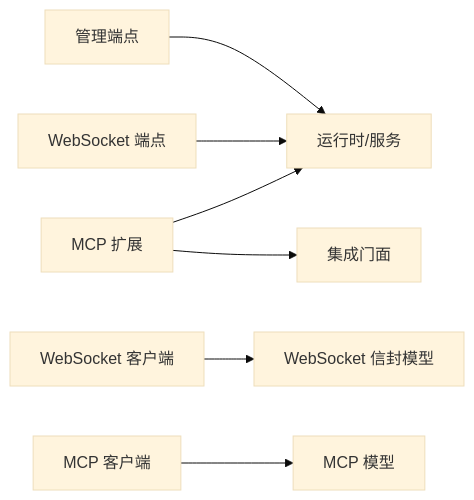
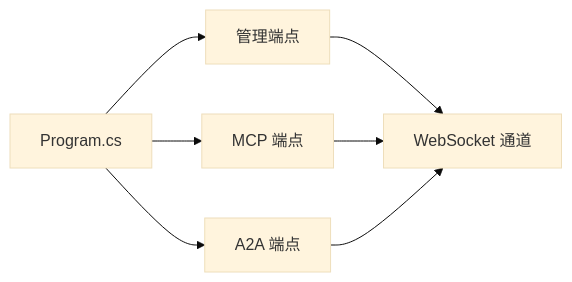
The sixth of 6 diagrams in .qoder/repowiki/zh/content/API 参考/API 参考.md (wayyet/kingcrab), drawn with Mermaid (base theme) before and after one commit. The commit also changed other lines of this file and 173 other files, not shown here.

````diff
--- a/.qoder/repowiki/zh/content/API 参考/API 参考.md
+++ b/.qoder/repowiki/zh/content/API 参考/API 参考.md
@@ -294,9 +245,9 @@
 ```mermaid
 graph LR
-Admin["管理端点"] --> Runtime["运行时/服务"]
-WS["WebSocket 端点"] --> Runtime
-MCPExt["MCP 扩展"] --> Runtime
-MCPExt --> Facade["集成门面"]
-WSClient["WebSocket 客户端"] --> WSEnv["WebSocket 信封模型"]
-MCPClient["MCP 客户端"] --> MCPModels["MCP 模型"]
+Program["Program.cs"] --> Endpoints["管理端点"]
+Program --> MCP["MCP 端点"]
+Program --> A2A["A2A 端点"]
+Endpoints --> WS["WebSocket 通道"]
+MCP --> WS
+A2A --> WS
 ```
````
